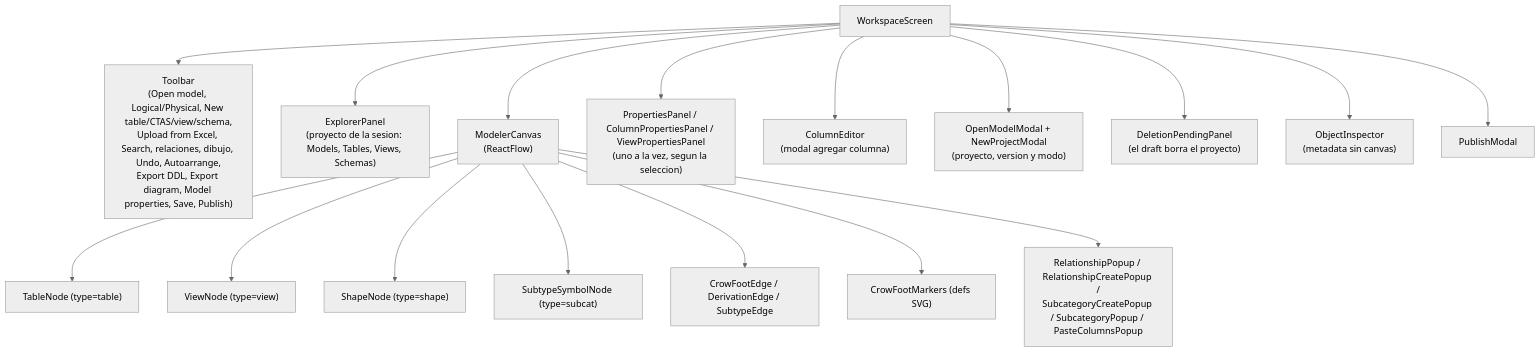
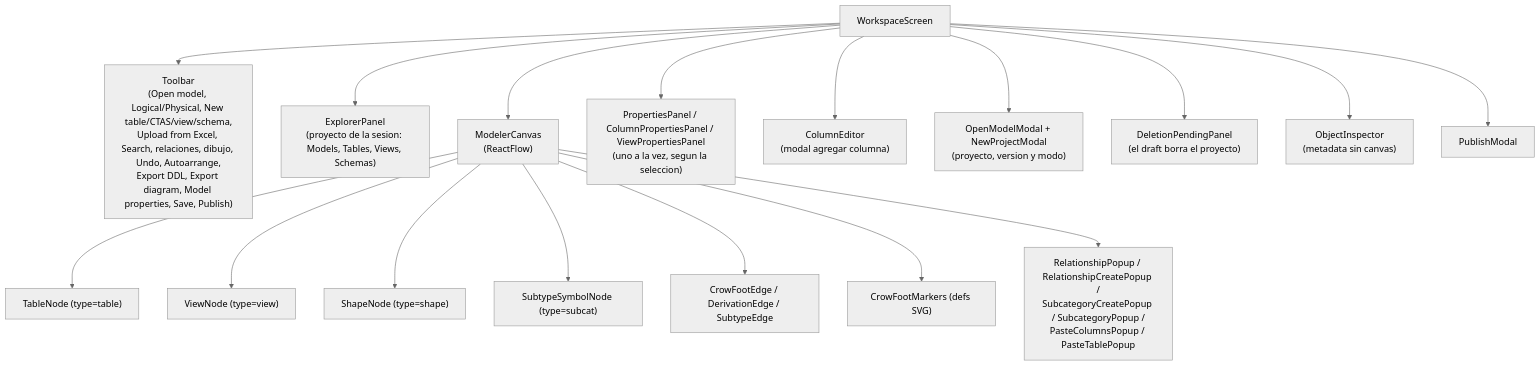
Before and after one commit to Carlosmps97/web-data-model-hub: the third of 5 diagrams in doc/architecture.md, drawn with Mermaid (neutral theme). The commit also changed other lines of this file and 33 other files, not shown here.

````diff
--- a/doc/architecture.md
+++ b/doc/architecture.md
@@ -403,20 +403,20 @@
 ```mermaid
 flowchart TD
   WS["WorkspaceScreen"] --> TB["Toolbar<br/>(Open model, Logical/Physical, New table/CTAS/view/schema,<br/>Upload from Excel, Search, relaciones, dibujo, Undo, Autoarrange,<br/>Export DDL, Export diagram, Model properties, Save, Publish)"]
   WS --> EP["ExplorerPanel<br/>(proyecto de la sesion: Models, Tables, Views, Schemas)"]
   WS --> MC["ModelerCanvas<br/>(ReactFlow)"]
   WS --> PP["PropertiesPanel / ColumnPropertiesPanel / ViewPropertiesPanel<br/>(uno a la vez, segun la seleccion)"]
   WS --> CE["ColumnEditor<br/>(modal agregar columna)"]
   WS --> OM["OpenModelModal + NewProjectModal<br/>(proyecto, version y modo)"]
   WS --> DP["DeletionPendingPanel<br/>(el draft borra el proyecto)"]
   WS --> OI["ObjectInspector<br/>(metadata sin canvas)"]
   WS --> PM["PublishModal"]
 
   MC --> TN["TableNode (type=table)"]
   MC --> VN["ViewNode (type=view)"]
   MC --> SN["ShapeNode (type=shape)"]
   MC --> SY["SubtypeSymbolNode (type=subcat)"]
   MC --> CF["CrowFootEdge / DerivationEdge / SubtypeEdge"]
   MC --> CM["CrowFootMarkers (defs SVG)"]
-  MC --> Pops["RelationshipPopup / RelationshipCreatePopup /<br/>SubcategoryCreatePopup / SubcategoryPopup / PasteColumnsPopup"]
+  MC --> Pops["RelationshipPopup / RelationshipCreatePopup /<br/>SubcategoryCreatePopup / SubcategoryPopup /<br/>PasteColumnsPopup / PasteTablePopup"]
 ```
````
